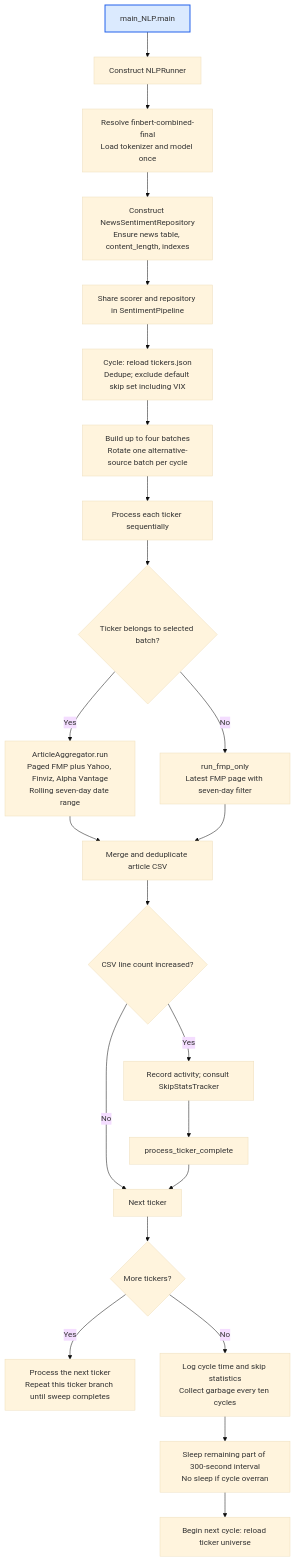
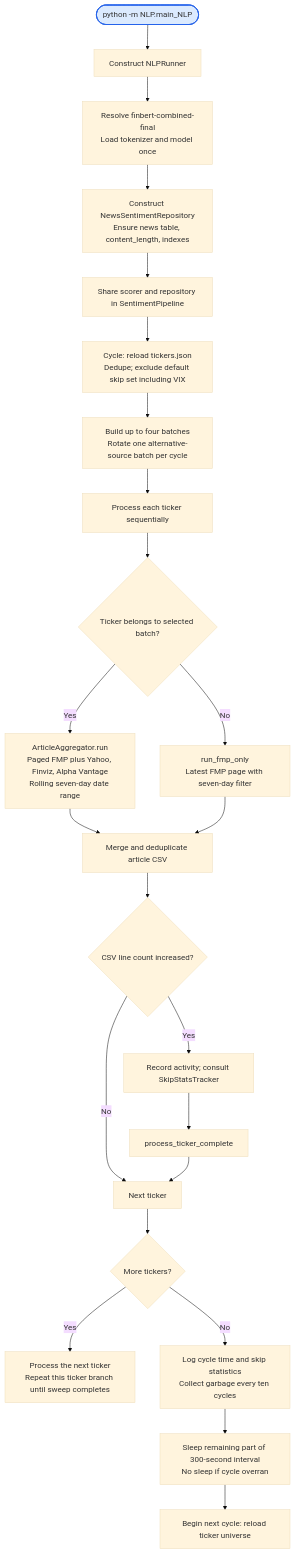
One commit to MUNQuantSociety/MQSMaster changed the second of 4 diagrams in NLP/WORKFLOW.md. Above: the diagram before and after it, drawn with Mermaid (base theme). The commit also changed other lines of this file and 5 other files, not shown here.

````diff
--- a/NLP/WORKFLOW.md
+++ b/NLP/WORKFLOW.md
@@ -9,26 +36,26 @@
 ```mermaid
 flowchart TD
-    START["main_NLP.main"] --> RUNNER["Construct NLPRunner"]
+    START(["python -m NLP.main_NLP"]) --> RUNNER["Construct NLPRunner"]
     RUNNER --> MODEL["Resolve finbert-combined-final<br/>Load tokenizer and model once"]
     MODEL --> REPO["Construct NewsSentimentRepository<br/>Ensure news table, content_length, indexes"]
     REPO --> PIPE["Share scorer and repository in SentimentPipeline"]
     PIPE --> LOAD["Cycle: reload tickers.json<br/>Dedupe; exclude default skip set including VIX"]
     LOAD --> BATCH["Build up to four batches<br/>Rotate one alternative-source batch per cycle"]
     BATCH --> TICKER["Process each ticker sequentially"]
     TICKER --> ALT{"Ticker belongs to selected batch?"}
     ALT -->|Yes| FULL["ArticleAggregator.run<br/>Paged FMP plus Yahoo, Finviz, Alpha Vantage<br/>Rolling seven-day date range"]
     ALT -->|No| FAST["run_fmp_only<br/>Latest FMP page with seven-day filter"]
     FULL --> MERGE["Merge and deduplicate article CSV"]
     FAST --> MERGE
     MERGE --> NEW{"CSV line count increased?"}
     NEW -->|No| NEXT["Next ticker"]
     NEW -->|Yes| STATS["Record activity; consult SkipStatsTracker"]
     STATS --> SCORE["process_ticker_complete"]
     SCORE --> NEXT
     NEXT --> MORE{"More tickers?"}
     MORE -->|Yes| NEXTTICKER["Process the next ticker<br/>Repeat this ticker branch until sweep completes"]
     MORE -->|No| FINISH["Log cycle time and skip statistics<br/>Collect garbage every ten cycles"]
     FINISH --> SLEEP["Sleep remaining part of 300-second interval<br/>No sleep if cycle overran"]
     SLEEP --> NEXTCYCLE["Begin next cycle: reload ticker universe"]
     style START fill:#dbeafe,stroke:#2563eb,stroke-width:2px
 ```
````
